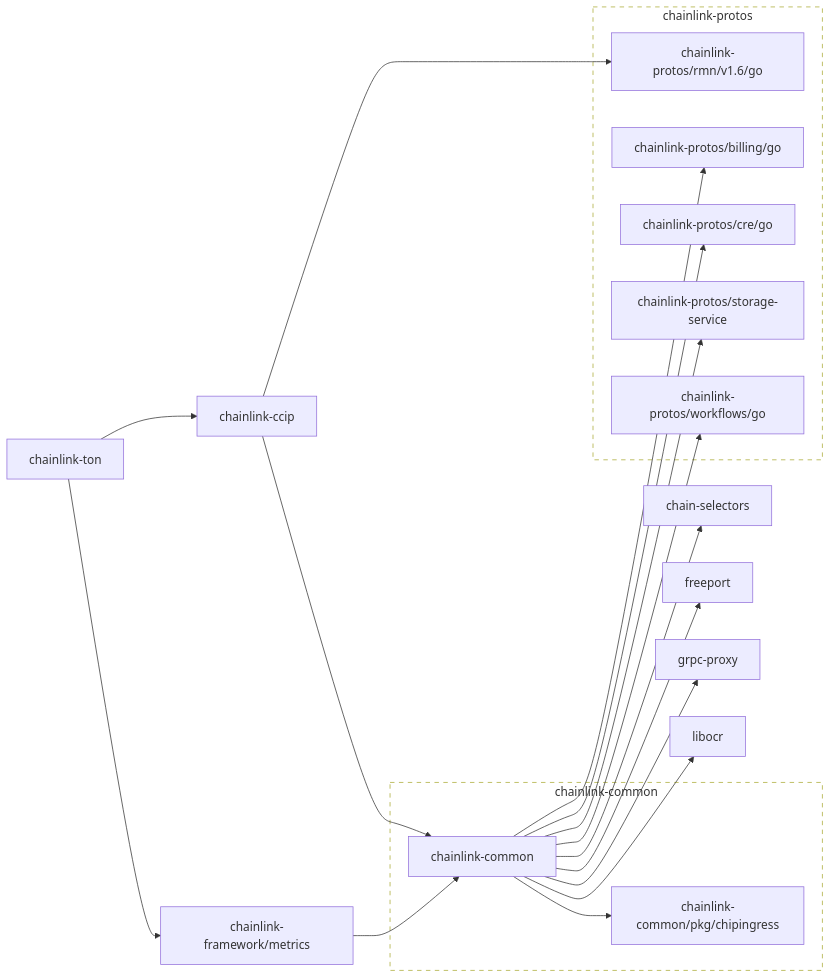
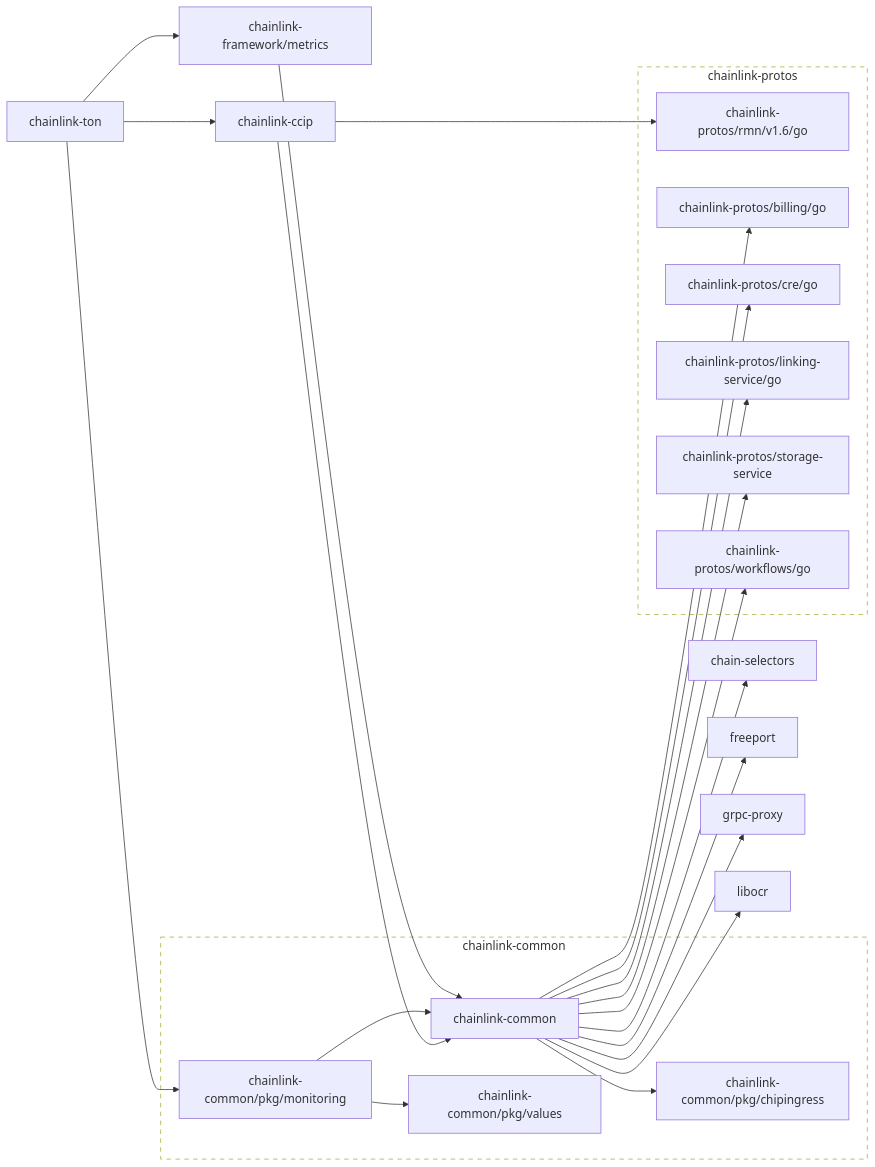
The first of 2 diagrams in go.md (fork-the-planet/smartcontractkit___chainlink-ton), drawn with Mermaid before and after one commit. The commit also changed other lines of this file and 13 other files, not shown here.

````diff
--- a/go.md
+++ b/go.md
@@ -3,60 +3,72 @@
 ```mermaid
 flowchart LR
 
 	chain-selectors
 	click chain-selectors href "https://github.com/smartcontractkit/chain-selectors"
 	chainlink-ccip --> chainlink-common
 	chainlink-ccip --> chainlink-protos/rmn/v1.6/go
 	click chainlink-ccip href "https://github.com/smartcontractkit/chainlink-ccip"
 	chainlink-common --> chain-selectors
 	chainlink-common --> chainlink-common/pkg/chipingress
 	chainlink-common --> chainlink-protos/billing/go
 	chainlink-common --> chainlink-protos/cre/go
+	chainlink-common --> chainlink-protos/linking-service/go
 	chainlink-common --> chainlink-protos/storage-service
 	chainlink-common --> chainlink-protos/workflows/go
 	chainlink-common --> freeport
 	chainlink-common --> grpc-proxy
 	chainlink-common --> libocr
 	click chainlink-common href "https://github.com/smartcontractkit/chainlink-common"
 	chainlink-common/pkg/chipingress
 	click chainlink-common/pkg/chipingress href "https://github.com/smartcontractkit/chainlink-common"
+	chainlink-common/pkg/monitoring --> chainlink-common
+	chainlink-common/pkg/monitoring --> chainlink-common/pkg/values
+	click chainlink-common/pkg/monitoring href "https://github.com/smartcontractkit/chainlink-common"
+	chainlink-common/pkg/values
+	click chainlink-common/pkg/values href "https://github.com/smartcontractkit/chainlink-common"
 	chainlink-framework/metrics --> chainlink-common
 	click chainlink-framework/metrics href "https://github.com/smartcontractkit/chainlink-framework"
 	chainlink-protos/billing/go
 	click chainlink-protos/billing/go href "https://github.com/smartcontractkit/chainlink-protos"
 	chainlink-protos/cre/go
 	click chainlink-protos/cre/go href "https://github.com/smartcontractkit/chainlink-protos"
+	chainlink-protos/linking-service/go
+	click chainlink-protos/linking-service/go href "https://github.com/smartcontractkit/chainlink-protos"
 	chainlink-protos/rmn/v1.6/go
 	click chainlink-protos/rmn/v1.6/go href "https://github.com/smartcontractkit/chainlink-protos"
 	chainlink-protos/storage-service
 	click chainlink-protos/storage-service href "https://github.com/smartcontractkit/chainlink-protos"
 	chainlink-protos/workflows/go
 	click chainlink-protos/workflows/go href "https://github.com/smartcontractkit/chainlink-protos"
 	chainlink-ton --> chainlink-ccip
+	chainlink-ton --> chainlink-common/pkg/monitoring
 	chainlink-ton --> chainlink-framework/metrics
 	click chainlink-ton href "https://github.com/smartcontractkit/chainlink-ton"
 	freeport
 	click freeport href "https://github.com/smartcontractkit/freeport"
 	grpc-proxy
 	click grpc-proxy href "https://github.com/smartcontractkit/grpc-proxy"
 	libocr
 	click libocr href "https://github.com/smartcontractkit/libocr"
 
 	subgraph chainlink-common-repo[chainlink-common]
 		 chainlink-common
 		 chainlink-common/pkg/chipingress
+		 chainlink-common/pkg/monitoring
+		 chainlink-common/pkg/values
 	end
 	click chainlink-common-repo href "https://github.com/smartcontractkit/chainlink-common"
 
 	subgraph chainlink-protos-repo[chainlink-protos]
 		 chainlink-protos/billing/go
 		 chainlink-protos/cre/go
+		 chainlink-protos/linking-service/go
 		 chainlink-protos/rmn/v1.6/go
 		 chainlink-protos/storage-service
 		 chainlink-protos/workflows/go
 	end
 	click chainlink-protos-repo href "https://github.com/smartcontractkit/chainlink-protos"
 
 	classDef outline stroke-dasharray:6,fill:none;
 	class chainlink-common-repo,chainlink-protos-repo outline
 ```
````
